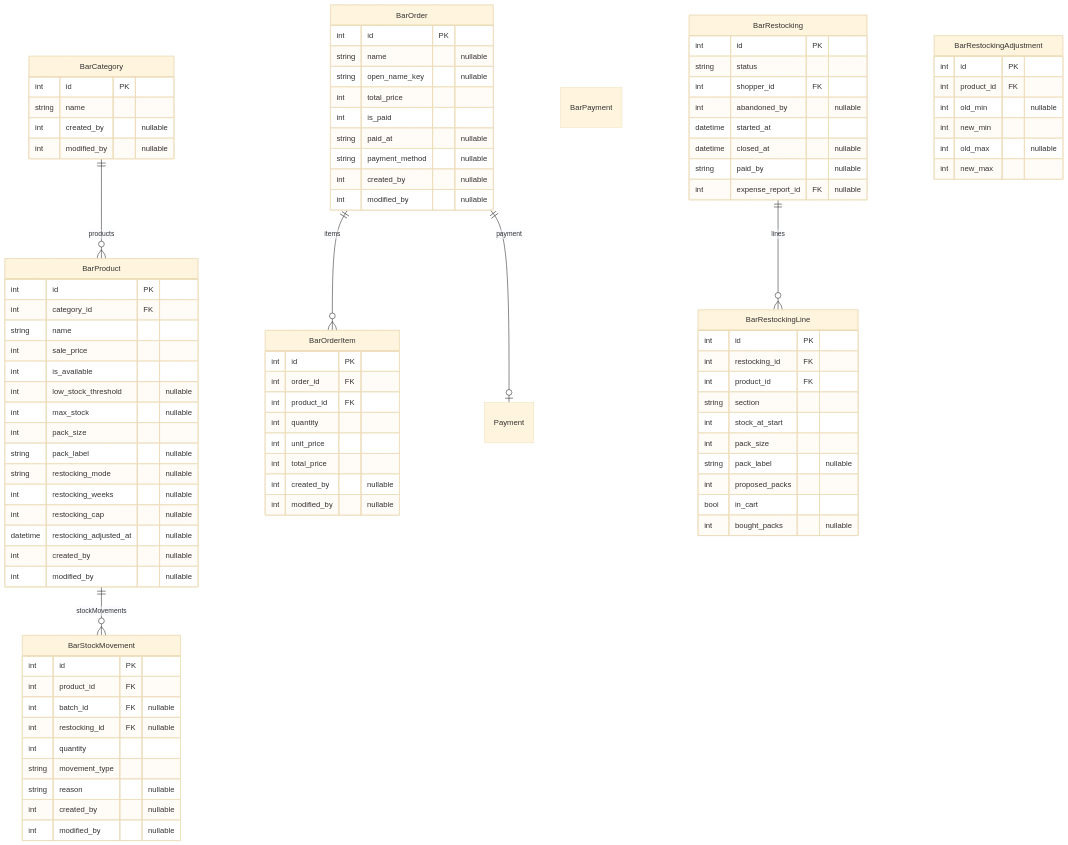
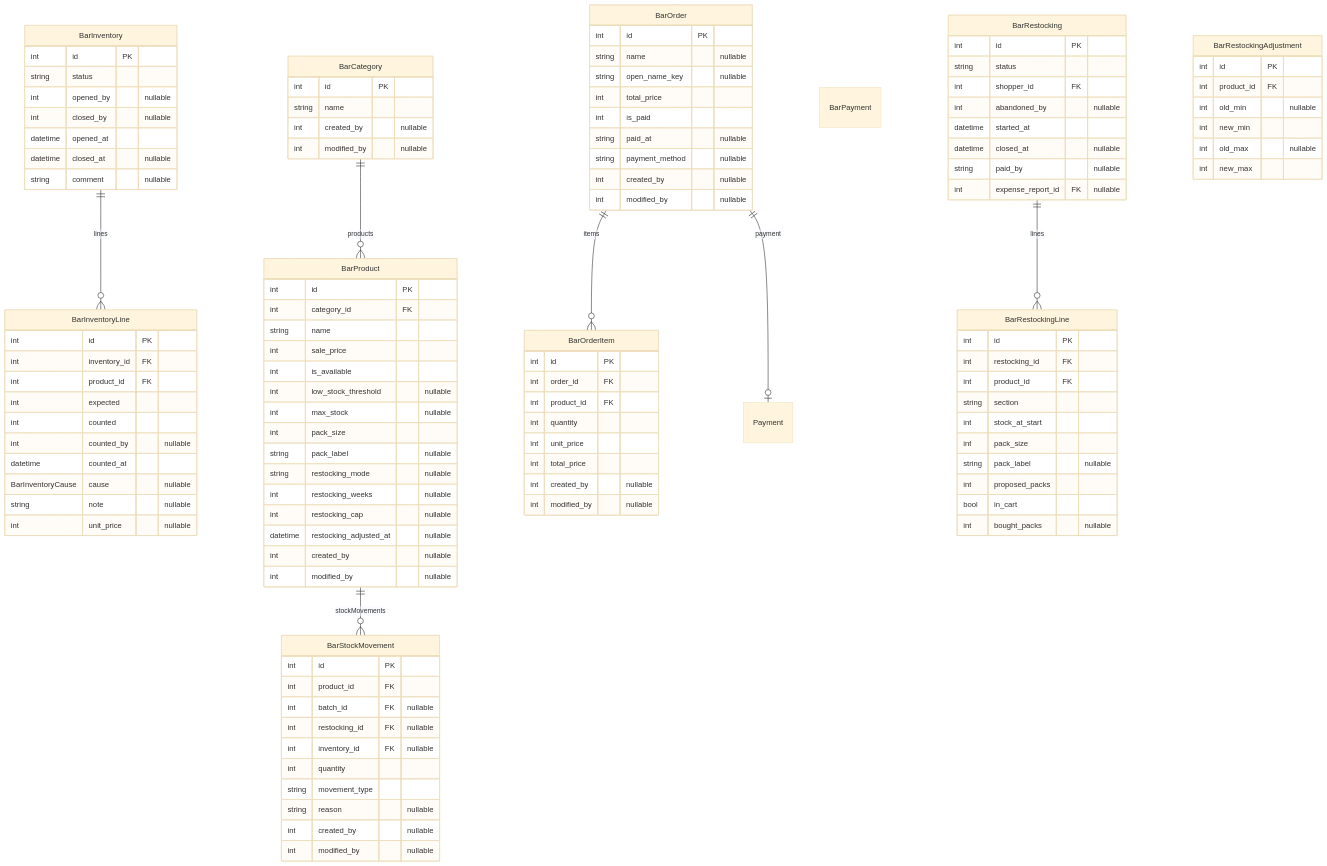
One commit to Paupoo/tabletennisclub-app changed the diagram in docs/erd/bar.md. Above: the diagram before and after it, drawn with Mermaid (base theme). The commit also changed 5 other files, not shown here.

Commit message:
docs(bar): document the inventory in the committee manuals and the generated ERD

```diff
--- a/docs/erd/bar.md
+++ b/docs/erd/bar.md
@@ -7,6 +7,27 @@
         string name
         int created_by "nullable"
         int modified_by "nullable"
+    }
+    BarInventory {
+        int id PK
+        string status
+        int opened_by "nullable"
+        int closed_by "nullable"
+        datetime opened_at
+        datetime closed_at "nullable"
+        string comment "nullable"
+    }
+    BarInventoryLine {
+        int id PK
+        int inventory_id FK
+        int product_id FK
+        int expected
+        int counted
+        int counted_by "nullable"
+        datetime counted_at
+        BarInventoryCause cause "nullable"
+        string note "nullable"
+        int unit_price "nullable"
     }
     BarOrder {
         int id PK
@@ -83,6 +104,7 @@
         int product_id FK
         int batch_id FK "nullable"
         int restocking_id FK "nullable"
+        int inventory_id FK "nullable"
         int quantity
         string movement_type
         string reason "nullable"
@@ -91,6 +113,7 @@
     }
 
     BarCategory ||--o{ BarProduct : "products"
+    BarInventory ||--o{ BarInventoryLine : "lines"
     BarOrder ||--o{ BarOrderItem : "items"
     BarOrder ||--o| Payment : "payment"
     BarProduct ||--o{ BarStockMovement : "stockMovements"
```
